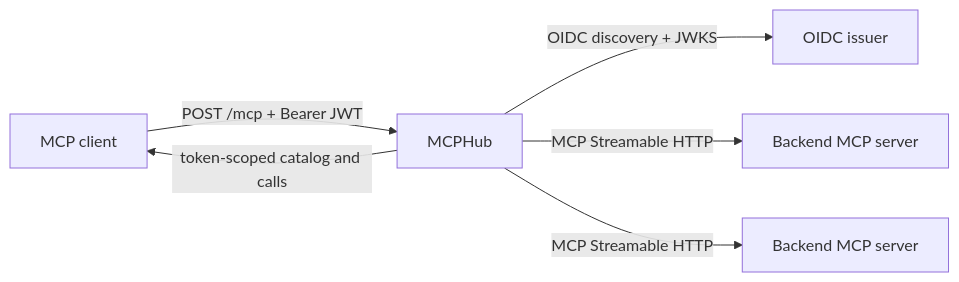
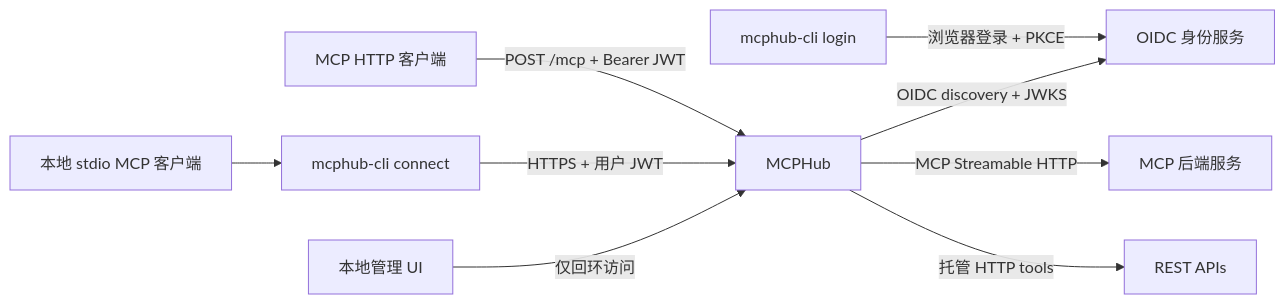
The diagram in README.zh-CN.md (SamuelSupe/mcphub), drawn with Mermaid before and after one commit. The commit also changed other lines of this file and 30 other files, not shown here.

````diff
--- a/README.zh-CN.md
+++ b/README.zh-CN.md
@@ -16,8 +16,11 @@
 ```mermaid
 flowchart LR
-    C[MCP client] -->|POST /mcp + Bearer JWT| H[MCPHub]
-    H -->|OIDC discovery + JWKS| I[OIDC issuer]
-    H -->|MCP Streamable HTTP| B1[Backend MCP server]
-    H -->|MCP Streamable HTTP| B2[Backend MCP server]
-    H -->|token-scoped catalog and calls| C
+    C[MCP HTTP 客户端] -->|POST /mcp + Bearer JWT| H[MCPHub]
+    S[本地 stdio MCP 客户端] --> CLI[mcphub-cli connect]
+    CLI -->|HTTPS + 用户 JWT| H
+    L[mcphub-cli login] -->|浏览器登录 + PKCE| I[OIDC 身份服务]
+    H -->|OIDC discovery + JWKS| I
+    H -->|MCP Streamable HTTP| B[MCP 后端服务]
+    H -->|托管 HTTP tools| A[REST APIs]
+    U[本地管理 UI] -->|仅回环访问| H
 ```
````
